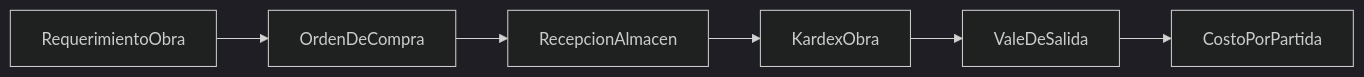
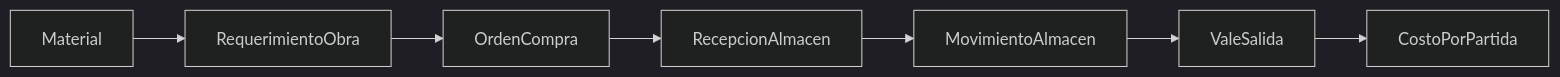
One commit to foreverLilRed/Convecsa-ERP changed the third of 4 diagrams in docs/proyectos/seguimiento-proyectos.md. Above: the diagram before and after it, drawn with Mermaid (dark theme). The commit also changed other lines of this file and 95 other files, not shown here.

````diff
--- a/docs/proyectos/seguimiento-proyectos.md
+++ b/docs/proyectos/seguimiento-proyectos.md
@@ -301,8 +307,9 @@
 ```mermaid
 flowchart LR
-  Req[RequerimientoObra] --> Oc[OrdenDeCompra]
+  Catalogo[Material] --> Req[RequerimientoObra]
+  Req --> Oc[OrdenCompra]
   Oc --> Recepcion[RecepcionAlmacen]
-  Recepcion --> Kardex[KardexObra]
-  Kardex --> Vale[ValeDeSalida]
+  Recepcion --> Kardex[MovimientoAlmacen]
+  Kardex --> Vale[ValeSalida]
   Vale --> Partida[CostoPorPartida]
 ```
````
